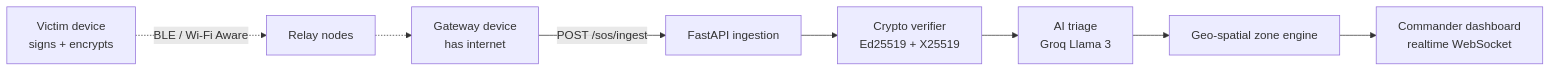
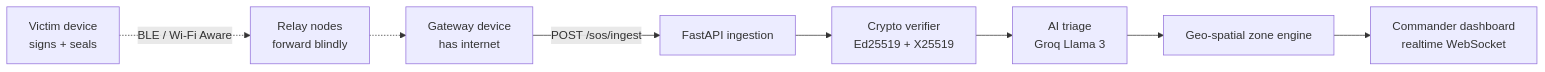
One commit to RishabhRana37/RishabhRana37 changed the diagram in README.md. Above: the diagram before and after it, drawn with Mermaid. The commit also changed other lines of this file, not shown here.

````diff
--- a/README.md
+++ b/README.md
@@ -72,10 +116,10 @@
 ```mermaid
 graph LR
-    V[Victim device<br/>signs + encrypts] -.->|BLE / Wi-Fi Aware| R[Relay nodes]
+    V[Victim device<br/>signs + seals] -.->|BLE / Wi-Fi Aware| R[Relay nodes<br/>forward blindly]
     R -.-> G[Gateway device<br/>has internet]
     G -->|POST /sos/ingest| API[FastAPI ingestion]
     API --> C[Crypto verifier<br/>Ed25519 + X25519]
     C --> ML[AI triage<br/>Groq Llama 3]
     ML --> Z[Geo-spatial zone engine]
     Z --> D[Commander dashboard<br/>realtime WebSocket]
 ```
````
